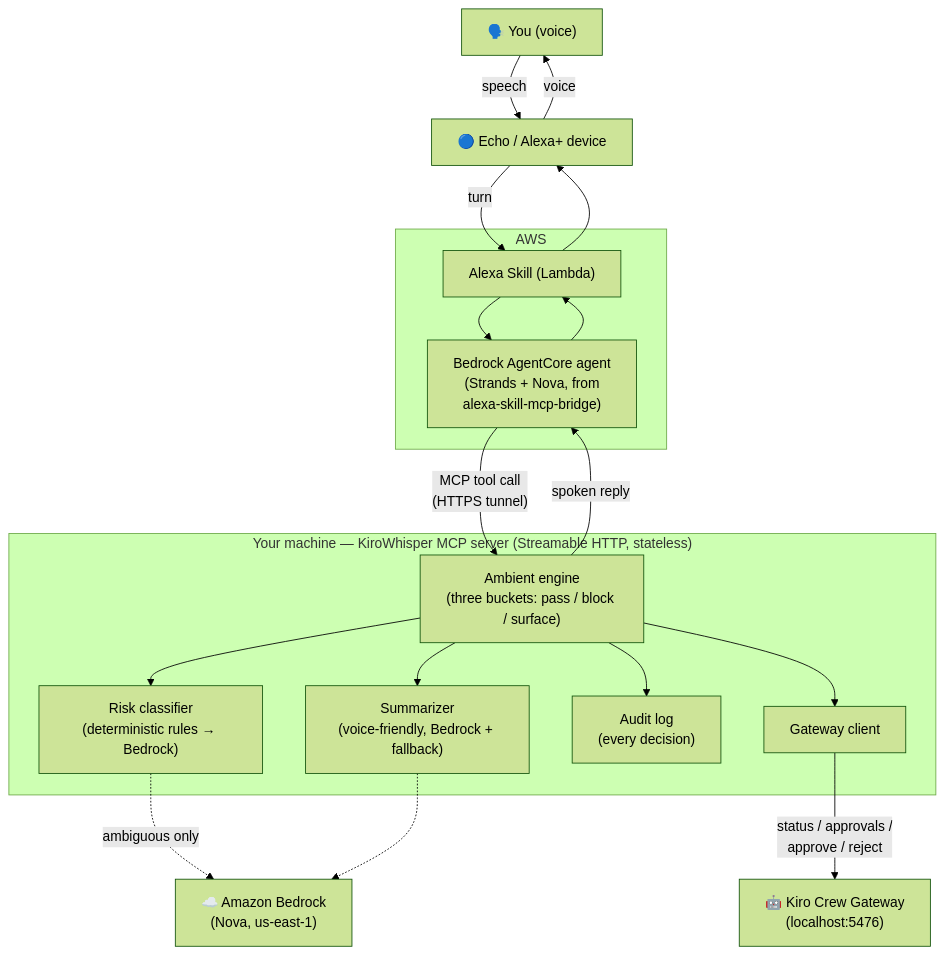
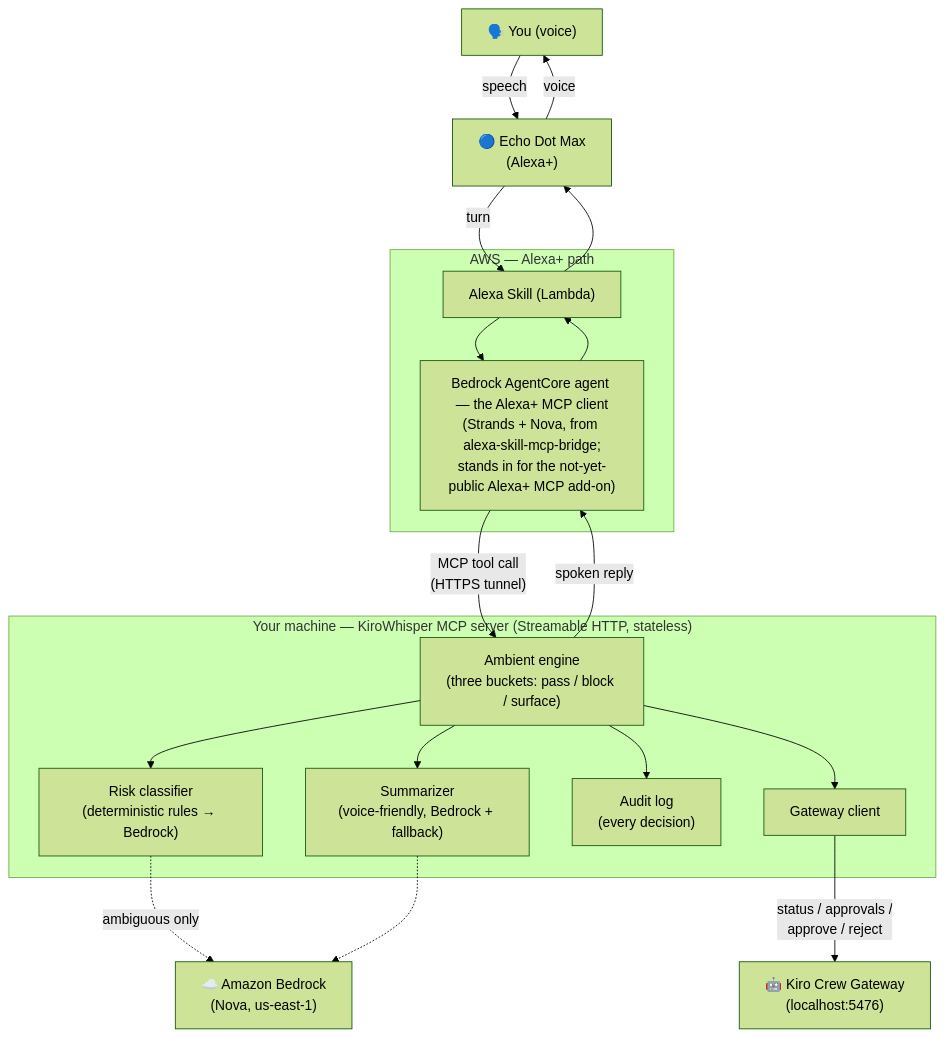
Before and after one commit to memetcircus/kirowhisper: the diagram in README.md, drawn with Mermaid (forest theme).

Commit message:
docs: make Alexa+ path explicit in architecture diagram

````diff
--- a/README.md
+++ b/README.md
@@ -134,37 +134,37 @@
 ```mermaid
 graph TD
     User["🗣️ You (voice)"]
-    Echo["🔵 Echo / Alexa+ device"]
+    Echo["🔵 Echo Dot Max<br/>(Alexa+)"]
 
-    subgraph AWS ["AWS"]
+    subgraph AWS ["AWS — Alexa+ path"]
         Skill["Alexa Skill (Lambda)"]
-        Agent["Bedrock AgentCore agent<br/>(Strands + Nova, from<br/>alexa-skill-mcp-bridge)"]
+        Agent["Bedrock AgentCore agent — the Alexa+ MCP client<br/>(Strands + Nova, from alexa-skill-mcp-bridge;<br/>stands in for the not-yet-public Alexa+ MCP add-on)"]
     end
 
     subgraph Local ["Your machine — KiroWhisper MCP server (Streamable HTTP, stateless)"]
         Ambient["Ambient engine<br/>(three buckets: pass / block / surface)"]
         Risk["Risk classifier<br/>(deterministic rules → Bedrock)"]
         Summ["Summarizer<br/>(voice-friendly, Bedrock + fallback)"]
         Audit["Audit log<br/>(every decision)"]
         GW["Gateway client"]
     end
 
     Bedrock["☁️ Amazon Bedrock<br/>(Nova, us-east-1)"]
     Crew["🤖 Kiro Crew Gateway<br/>(localhost:5476)"]
 
     User -->|"speech"| Echo
     Echo -->|"turn"| Skill
     Skill --> Agent
     Agent -->|"MCP tool call<br/>(HTTPS tunnel)"| Ambient
     Ambient --> Risk
     Ambient --> Summ
     Ambient --> Audit
     Ambient --> GW
     Risk -.->|"ambiguous only"| Bedrock
     Summ -.-> Bedrock
     GW -->|"status / approvals /<br/>approve / reject"| Crew
     Ambient -->|"spoken reply"| Agent
     Agent --> Skill
     Skill --> Echo
     Echo -->|"voice"| User
 ```
````
